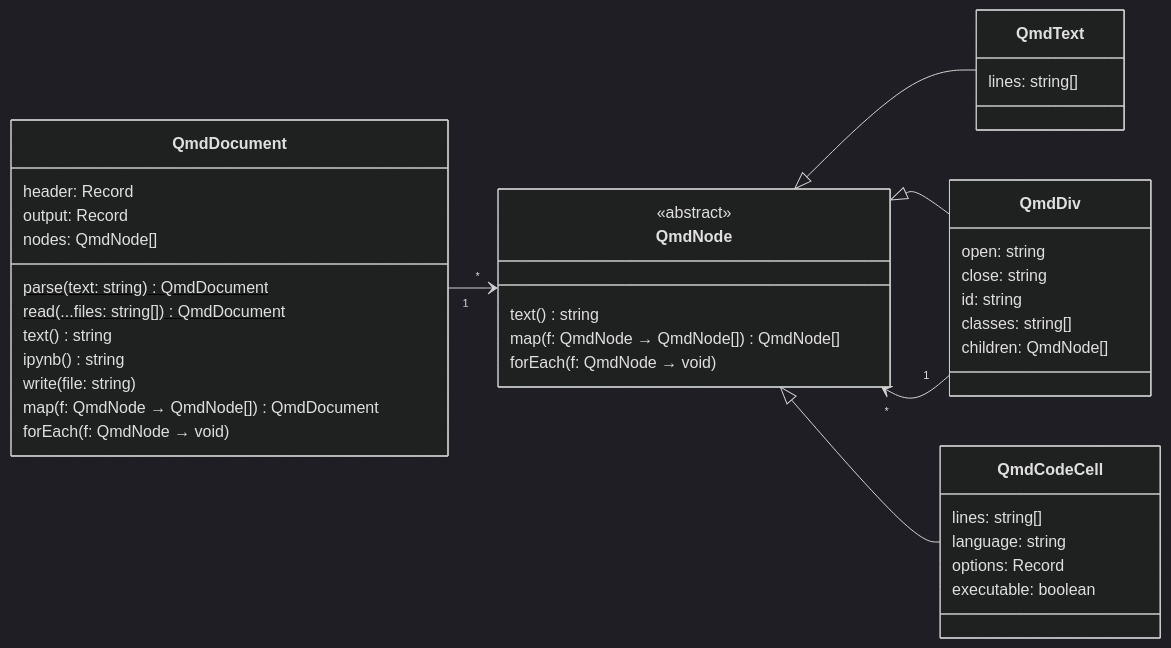
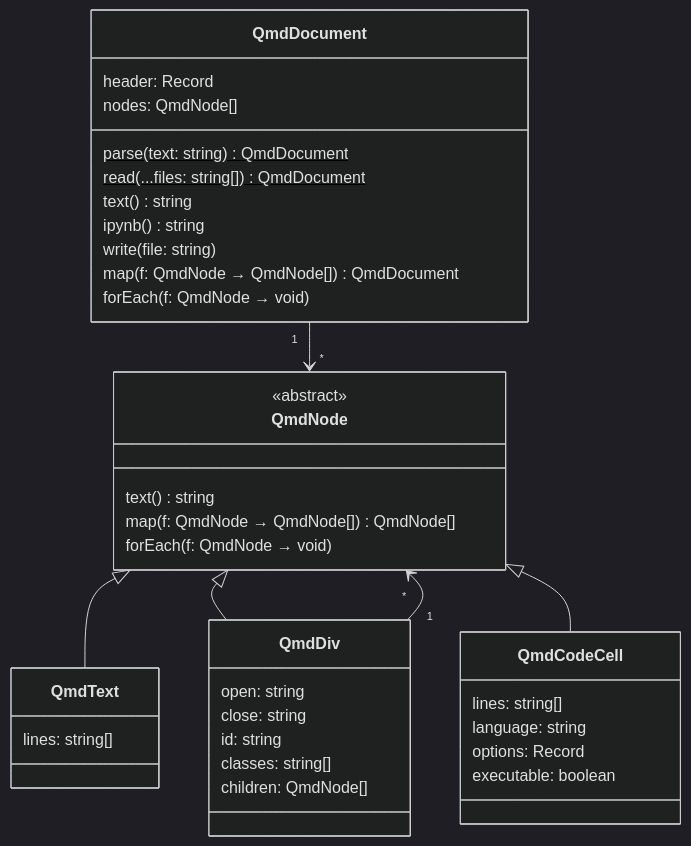
Before and after one commit to matthiasbaitsch/quarto-loi-moi: the second of 5 diagrams in DESIGN.md, drawn with Mermaid (dark theme). The commit also changed other lines of this file and 20 other files, not shown here.

````diff
--- a/DESIGN.md
+++ b/DESIGN.md
@@ -76,43 +76,42 @@
 ```mermaid
 classDiagram
-  direction LR
+  direction TD
   QmdDocument "1" --> "*" QmdNode
   QmdNode <|-- QmdText
   QmdNode <|-- QmdDiv
   QmdNode <|-- QmdCodeCell
   QmdDiv "1" --> "*" QmdNode
   class QmdDocument {
     header: Record
-    output: Record
     nodes: QmdNode[]
     parse(text: string)$ QmdDocument
     read(...files: string[])$ QmdDocument
     text() string
     ipynb() string
     write(file: string)
     map(f: QmdNode → QmdNode[]) QmdDocument
     forEach(f: QmdNode → void)
   }
   class QmdNode {
     <<abstract>>
     text() string
     map(f: QmdNode → QmdNode[]) QmdNode[]
     forEach(f: QmdNode → void)
   }
   class QmdText {
     lines: string[]
   }
   class QmdDiv {
     open: string
     close: string
     id: string
     classes: string[]
     children: QmdNode[]
   }
   class QmdCodeCell {
     lines: string[]
     language: string
     options: Record
     executable: boolean
   }
 ```
````
